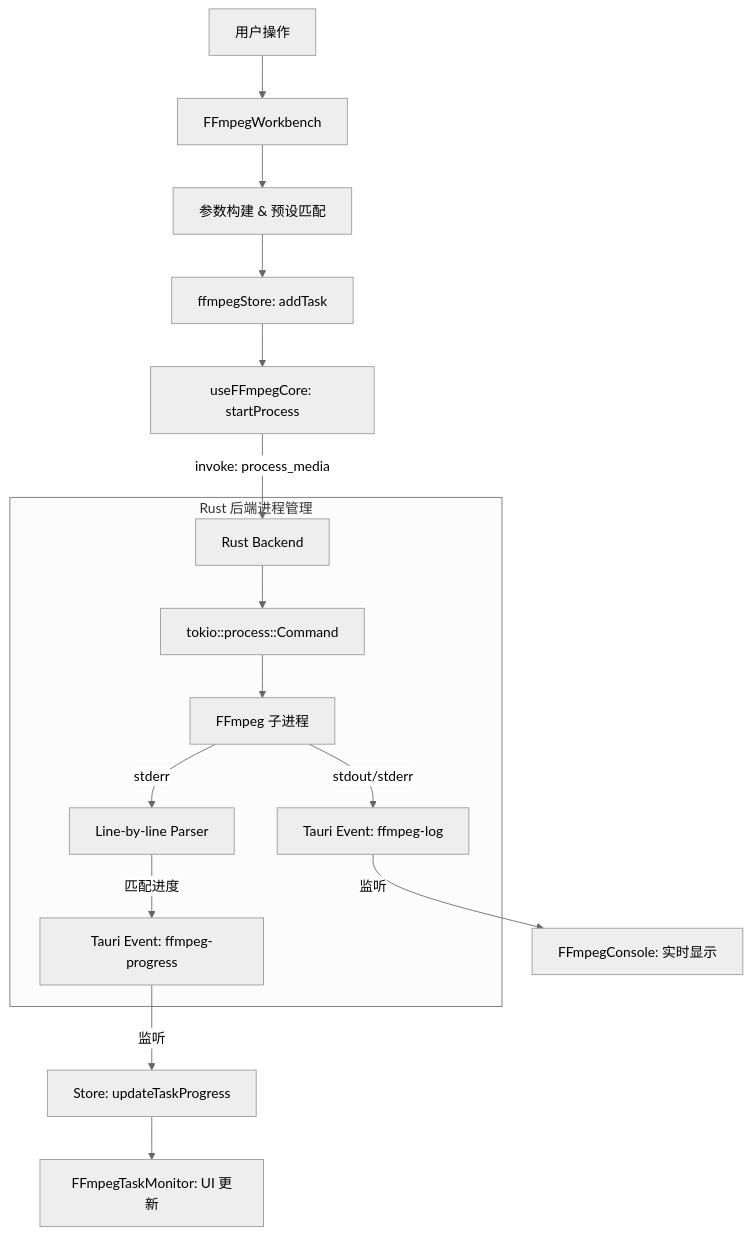
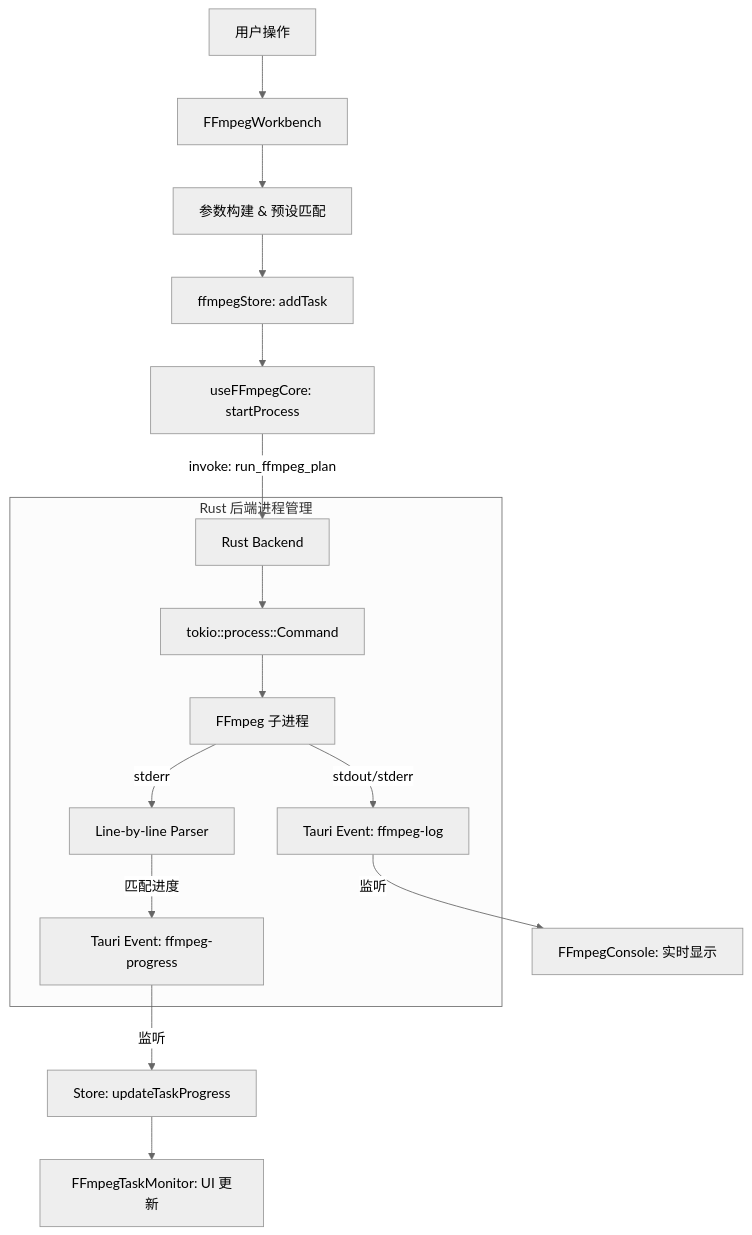
Before and after one commit to miaotouy/aio-hub: the diagram in src/tools/ffmpeg-tools/ARCHITECTURE.md, drawn with Mermaid (neutral theme). The commit also changed other lines of this file and 18 other files, not shown here.

````diff
--- a/src/tools/ffmpeg-tools/ARCHITECTURE.md
+++ b/src/tools/ffmpeg-tools/ARCHITECTURE.md
@@ -45,22 +47,22 @@
 ```mermaid
 graph TD
     User[用户操作] --> UI[FFmpegWorkbench]
     UI --> Params[参数构建 & 预设匹配]
     Params --> Store[ffmpegStore: addTask]
     Store --> Core[useFFmpegCore: startProcess]
 
-    Core -- invoke: process_media --> Rust[Rust Backend]
+    Core -- invoke: run_ffmpeg_plan --> Rust[Rust Backend]
 
     subgraph Rust 后端进程管理
         Rust --> Cmd[tokio::process::Command]
         Cmd --> Child[FFmpeg 子进程]
         Child -- stderr --> Parser[Line-by-line Parser]
         Parser -- 匹配进度 --> Event[Tauri Event: ffmpeg-progress]
         Child -- stdout/stderr --> Log[Tauri Event: ffmpeg-log]
     end
 
     Event -- 监听 --> StoreUpdate[Store: updateTaskProgress]
     Log -- 监听 --> Console[FFmpegConsole: 实时显示]
 
     StoreUpdate --> Monitor[FFmpegTaskMonitor: UI 更新]
 ```
````
